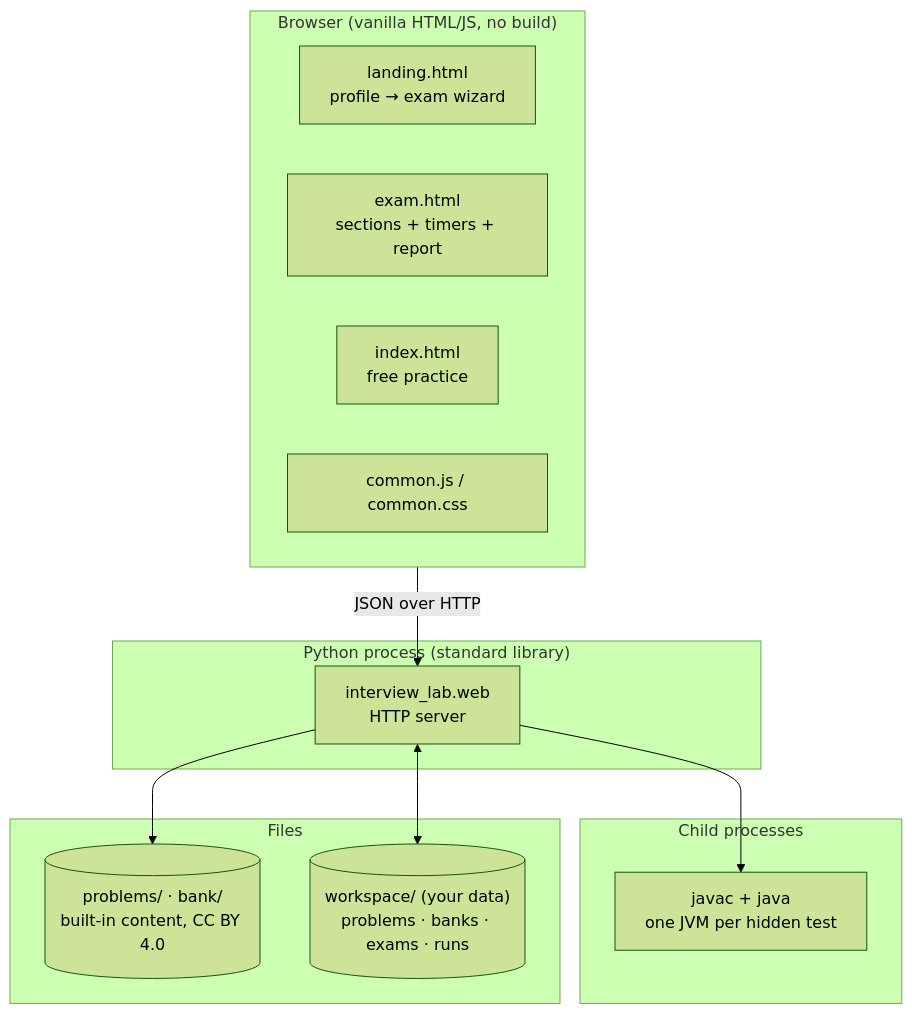
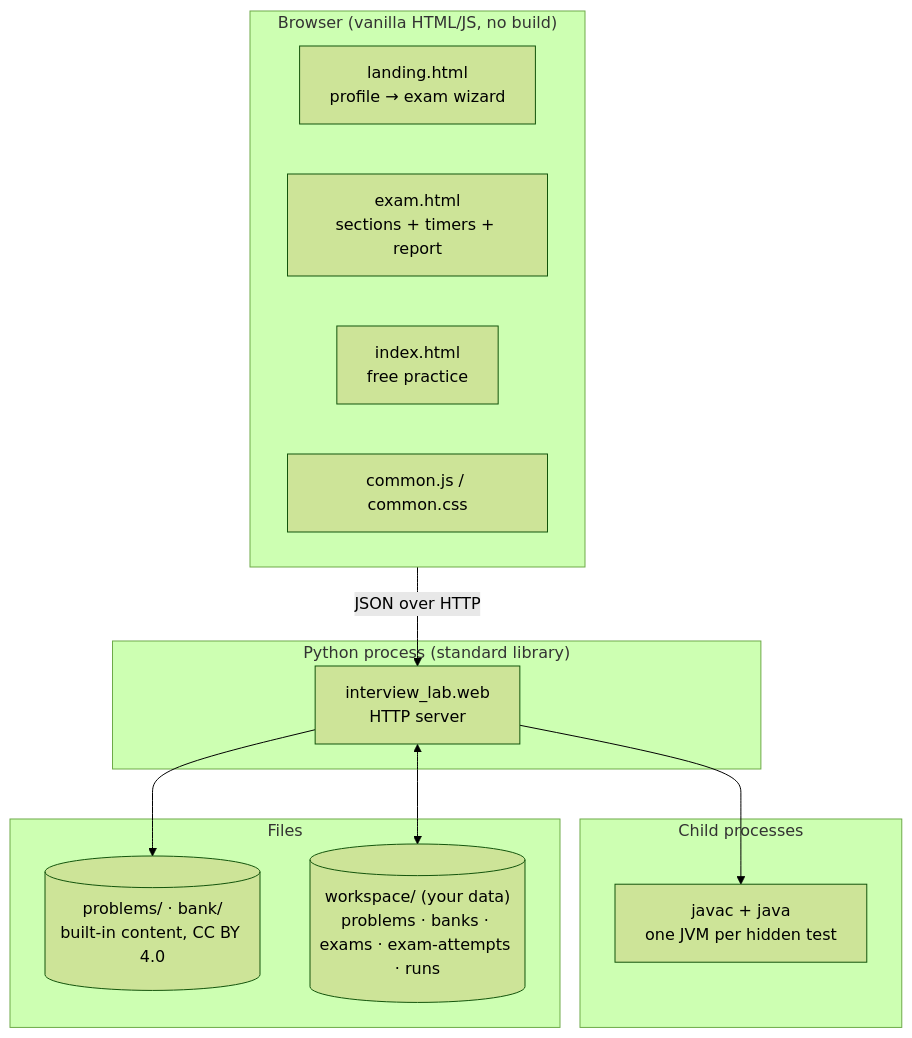
One commit to jaydelmoral/interview-lab changed the second of 8 diagrams in docs/architecture/README.md. Above: the diagram before and after it, drawn with Mermaid (forest theme). The commit also changed 12 other files, not shown here.

````diff
--- a/docs/architecture/README.md
+++ b/docs/architecture/README.md
@@ -38,23 +38,23 @@
 ```mermaid
 flowchart TB
     subgraph browser["Browser (vanilla HTML/JS, no build)"]
         landing["landing.html<br/>profile → exam wizard"]
         exam["exam.html<br/>sections + timers + report"]
         practice["index.html<br/>free practice"]
         common["common.js / common.css"]
     end
     subgraph proc["Python process (standard library)"]
         server["interview_lab.web<br/>HTTP server"]
     end
     subgraph jvmproc["Child processes"]
         javac["javac + java<br/>one JVM per hidden test"]
     end
     subgraph disk["Files"]
         builtin[("problems/ · bank/<br/>built-in content, CC BY 4.0")]
-        workspace[("workspace/ (your data)<br/>problems · banks · exams · runs")]
+        workspace[("workspace/ (your data)<br/>problems · banks · exams · exam-attempts · runs")]
     end
     browser -->|"JSON over HTTP"| server
     server --> javac
     server --> builtin
     server <--> workspace
 ```
````
